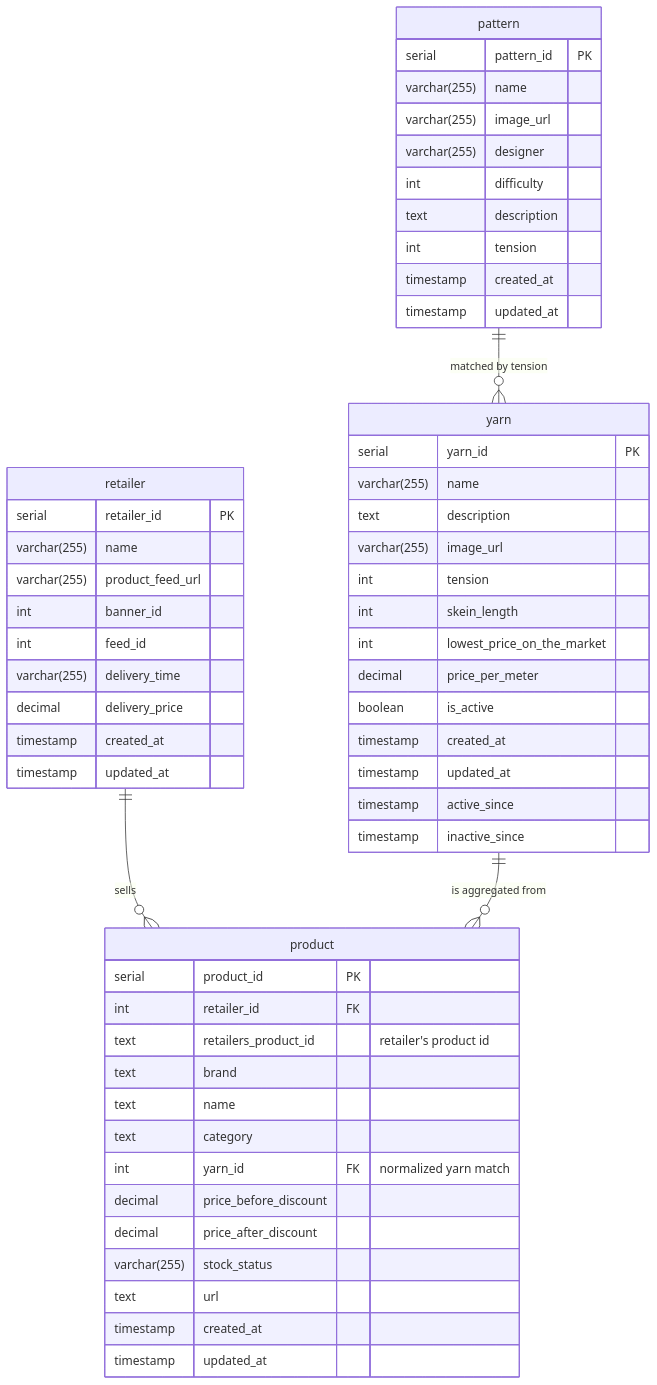
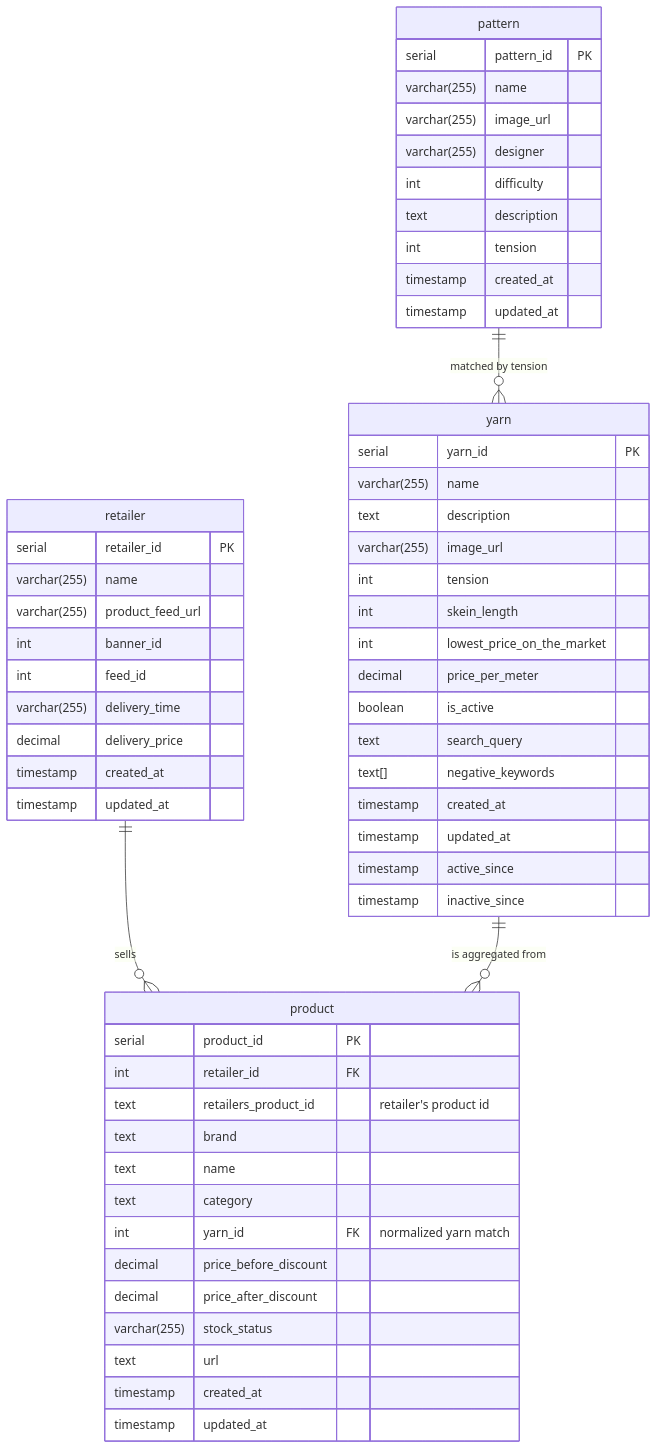
Before and after one commit to rasmusbulriksen/garnalternativer.dk: the diagram in backend/diagrams/er-diagram.md, drawn with Mermaid. The commit also changed 6 other files, not shown here.

````diff
--- a/backend/diagrams/er-diagram.md
+++ b/backend/diagrams/er-diagram.md
@@ -3,63 +3,65 @@
 ```mermaid
 erDiagram
     retailer {
         serial retailer_id PK
         varchar(255) name
         varchar(255) product_feed_url
         int banner_id
         int feed_id
         varchar(255) delivery_time
         decimal delivery_price
         timestamp created_at
         timestamp updated_at
     }
 
     product {
         serial product_id PK
         int retailer_id FK
         text retailers_product_id "retailer's product id"
         text brand
         text name
         text category
         int yarn_id FK "normalized yarn match"
         decimal price_before_discount
         decimal price_after_discount
         varchar(255) stock_status
         text url
         timestamp created_at
         timestamp updated_at
     }
 
     yarn {
         serial yarn_id PK
         varchar(255) name
         text description
         varchar(255) image_url
         int tension
         int skein_length
         int lowest_price_on_the_market
         decimal price_per_meter
         boolean is_active
+        text search_query
+        text[] negative_keywords
         timestamp created_at
         timestamp updated_at
         timestamp active_since
         timestamp inactive_since
     }
 
     pattern {
         serial pattern_id PK
         varchar(255) name
         varchar(255) image_url
         varchar(255) designer
         int difficulty
         text description
         int tension
         timestamp created_at
         timestamp updated_at
     }
 
     retailer ||--o{ product : "sells"
     yarn ||--o{ product : "is aggregated from"
     pattern ||--o{ yarn : "matched by tension"
 
 ```
````
